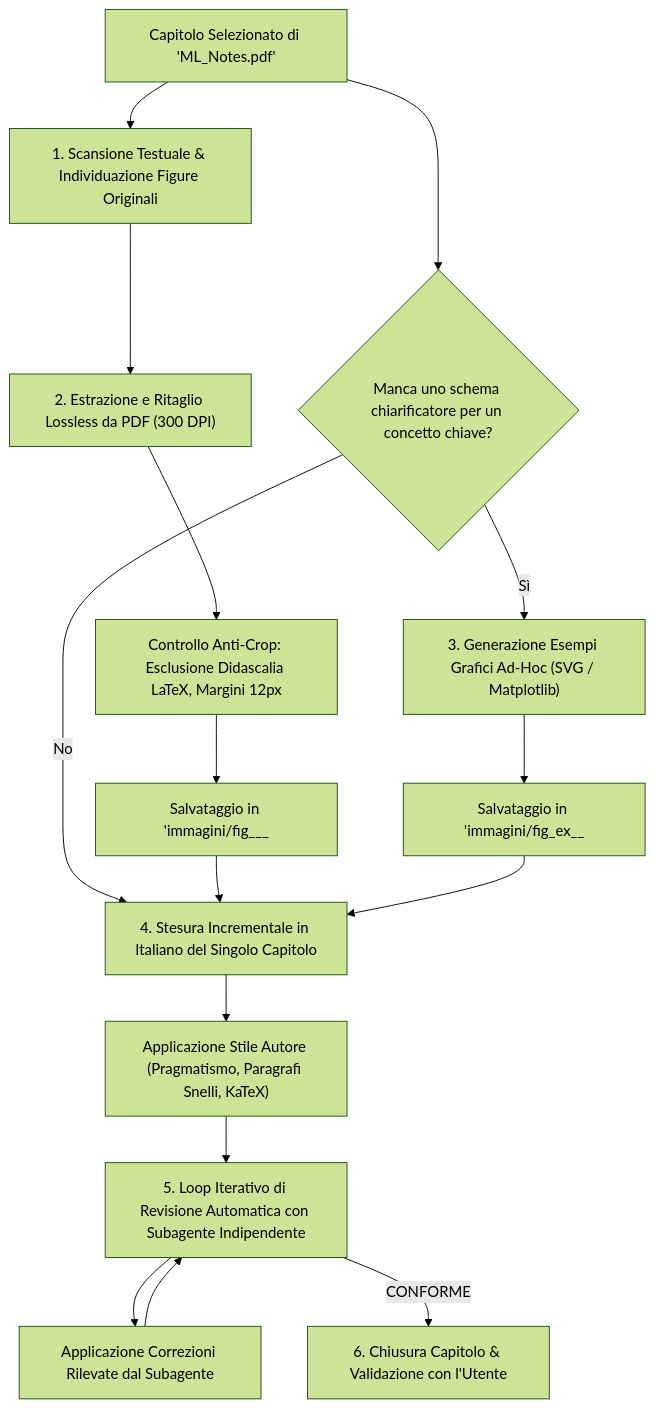
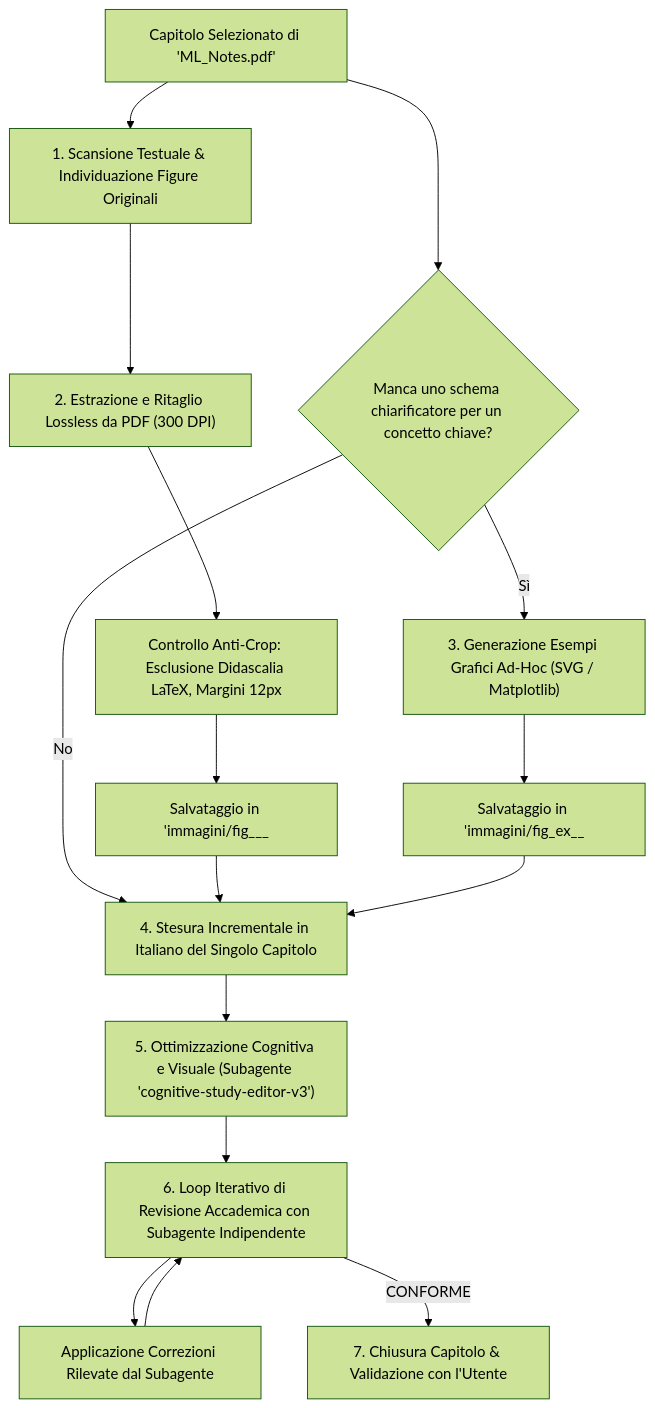
One commit to michelevantaggi02/Magistrale changed the diagram in Anno 1/Machine Learning/GUIDA_APPUNTI_MACHINE_LEARNING.md. Above: the diagram before and after it, drawn with Mermaid (forest theme). The commit also changed other lines of this file and 31 other files, not shown here.

````diff
--- a/Anno 1/Machine Learning/GUIDA_APPUNTI_MACHINE_LEARNING.md
+++ b/Anno 1/Machine Learning/GUIDA_APPUNTI_MACHINE_LEARNING.md
@@ -75,18 +75,18 @@
 ```mermaid
 flowchart TD
     A["Capitolo Selezionato di 'ML_Notes.pdf'"] --> B["1. Scansione Testuale & Individuazione Figure Originali"]
     B --> C["2. Estrazione e Ritaglio Lossless da PDF (300 DPI)"]
     C --> D["Controllo Anti-Crop: Esclusione Didascalia LaTeX, Margini 12px"]
     D --> E["Salvataggio in 'immagini/fig_<cap>_<num>_<desc>.png'"]
     A --> F{"Manca uno schema chiarificatore per un concetto chiave?"}
     F -- "Sì" --> G["3. Generazione Esempi Grafici Ad-Hoc (SVG / Matplotlib)"]
     G --> H["Salvataggio in 'immagini/fig_ex_<cap>_<desc>.png'"]
     F -- "No" --> I["4. Stesura Incrementale in Italiano del Singolo Capitolo"]
     E --> I
     H --> I
-    I --> L["Applicazione Stile Autore (Pragmatismo, Paragrafi Snelli, KaTeX)"]
-    L --> R["5. Loop Iterativo di Revisione Automatica con Subagente Indipendente"]
+    I --> L["5. Ottimizzazione Cognitiva e Visuale (Subagente 'cognitive-study-editor-v3')"]
+    L --> R["6. Loop Iterativo di Revisione Accademica con Subagente Indipendente"]
     R --> S["Applicazione Correzioni Rilevate dal Subagente"]
     S --> R
-    R -- "CONFORME" --> M["6. Chiusura Capitolo & Validazione con l'Utente"]
+    R -- "CONFORME" --> M["7. Chiusura Capitolo & Validazione con l'Utente"]
 ```
````
